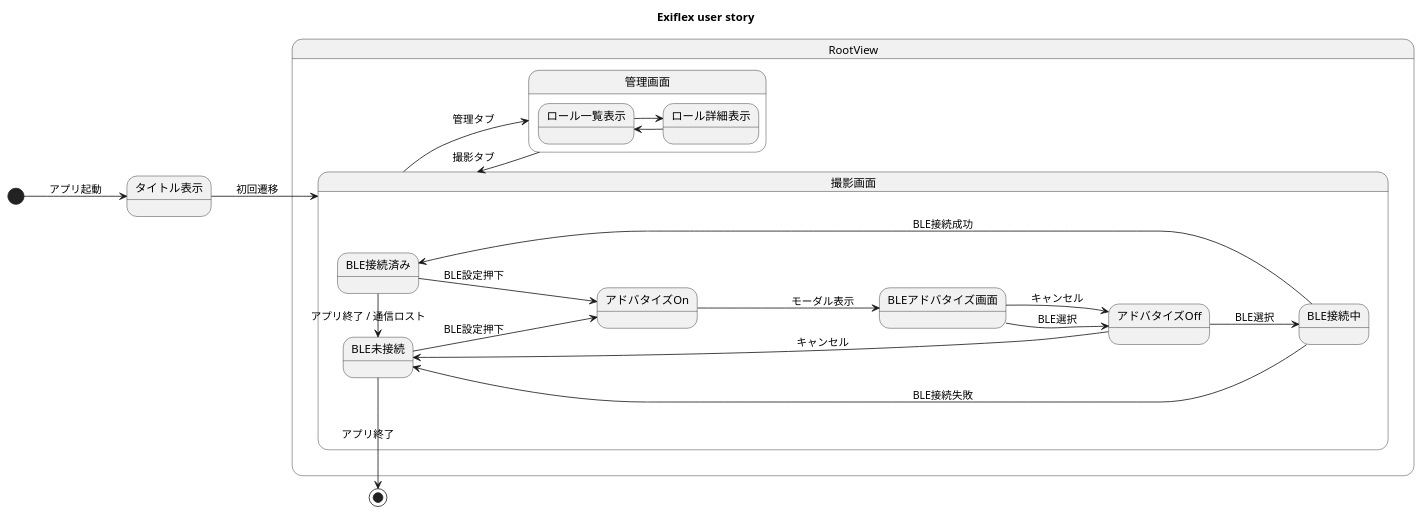
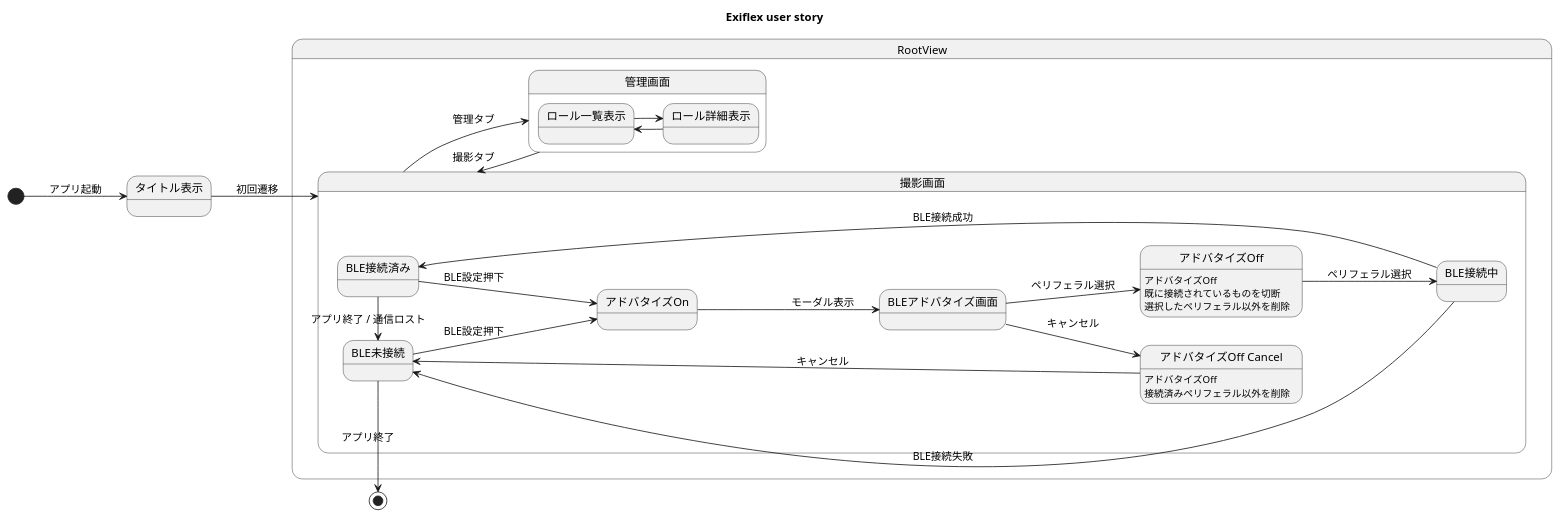
One commit to 2525mura/ExiFlex changed the diagram in Docs/ScreenFlow.puml. Above: the diagram before and after it, drawn with PlantUML. The commit also changed 2 other files, not shown here.

Commit message:
BLE Service のAdvertise 停止、再開に対応

```diff
--- a/Docs/ScreenFlow.puml
+++ b/Docs/ScreenFlow.puml
@@ -1,51 +1,57 @@
 @startuml
 left to right direction
 title Exiflex user story
 
 state "タイトル表示" as titlelogo
 
 state "RootView" as rootview {
     state "撮影画面" as cameraview {
         state "BLE未接続" as ble_close
         state "アドバタイズOn" as ble_ad_on
         state "BLEアドバタイズ画面" as ble_ad
         state "アドバタイズOff" as ble_ad_off
+        ble_ad_off : アドバタイズOff
+        ble_ad_off : 既に接続されているものを切断
+        ble_ad_off : 選択したペリフェラル以外を削除
+        state "アドバタイズOff Cancel" as ble_ad_off_cancel
+        ble_ad_off_cancel : アドバタイズOff
+        ble_ad_off_cancel : 接続済みペリフェラル以外を削除
         state "BLE接続中" as ble_conn_now
         state "BLE接続済み" as ble_conn
 
         ble_close --> ble_ad_on : BLE設定押下
         ble_ad_on --> ble_ad : モーダル表示
-        ble_ad --> ble_ad_off : BLE選択
-        ble_ad --> ble_ad_off : キャンセル
-        ble_ad_off --> ble_conn_now : BLE選択
+        ble_ad --> ble_ad_off : ペリフェラル選択
+        ble_ad --> ble_ad_off_cancel : キャンセル
+        ble_ad_off --> ble_conn_now : ペリフェラル選択
         ble_conn_now --> ble_close : BLE接続失敗
         ble_conn_now --> ble_conn : BLE接続成功
-        ble_ad_off --> ble_close : キャンセル
+        ble_ad_off_cancel --> ble_close : キャンセル
         ble_ad_on <-down- ble_conn : BLE設定押下
         ble_close <-- ble_conn : アプリ終了 / 通信ロスト
 
     }
 
     state "管理画面" as manageview {
         state "ロール一覧表示" as rolles
         state "ロール詳細表示" as roll_detail
 
         rolles --> roll_detail
         rolles <- roll_detail
     }
 
     cameraview --> manageview : 管理タブ
     manageview -> cameraview : 撮影タブ
 
 }
 
 [*] --> titlelogo : アプリ起動
 titlelogo --> cameraview : 初回遷移
 
 
 
 
 
 [*] <-- ble_close : アプリ終了
 
 @enduml
```
